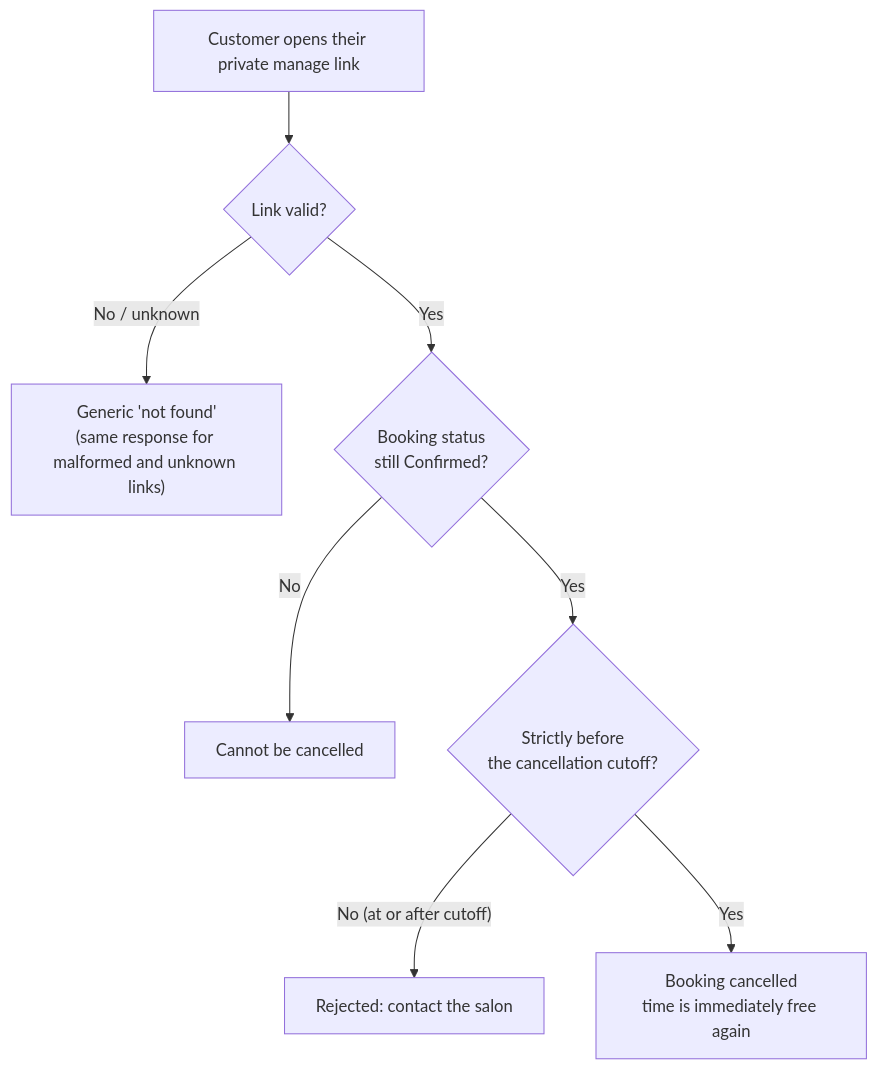
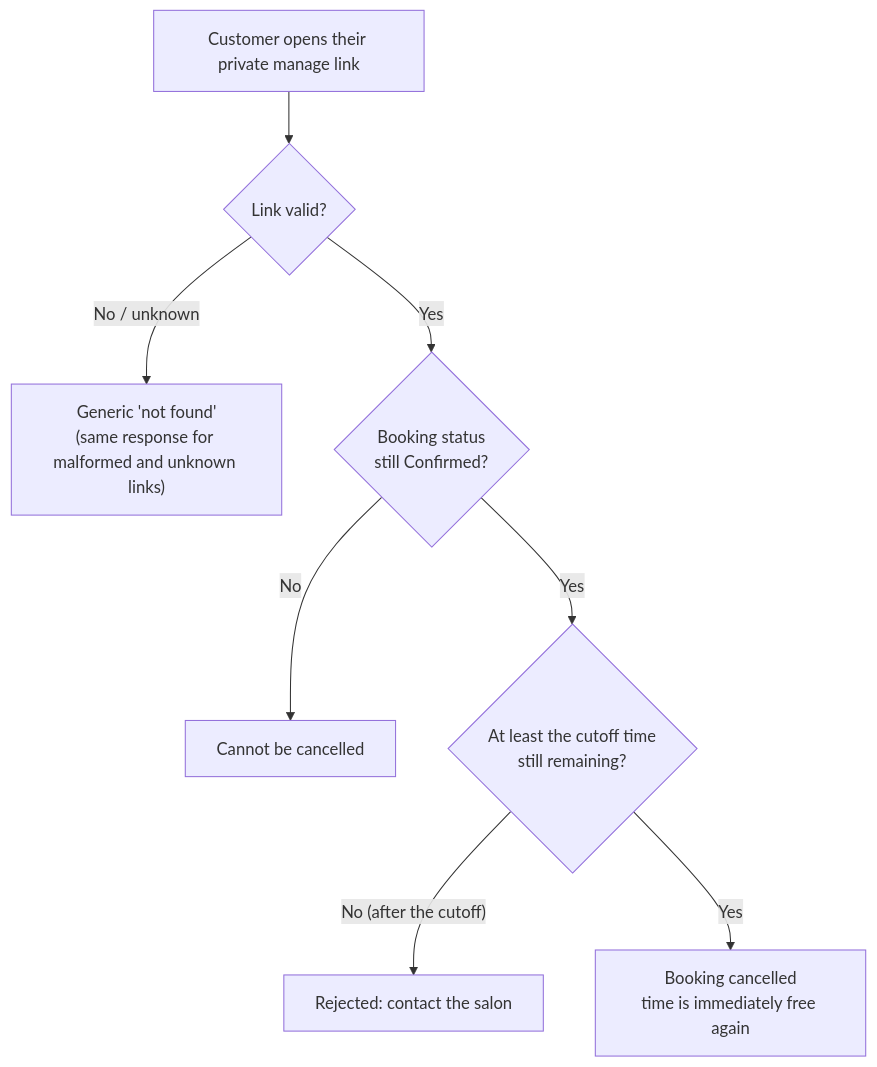
One commit to N0vocaine/timbra-qa-portfolio changed the second of 4 diagrams in docs/product/booking-flow.md. Above: the diagram before and after it, drawn with Mermaid. The commit also changed other lines of this file and 21 other files, not shown here.

````diff
--- a/docs/product/booking-flow.md
+++ b/docs/product/booking-flow.md
@@ -38,10 +38,10 @@
 ```mermaid
 flowchart TD
     L["Customer opens their private manage link"] --> K{"Link valid?"}
     K -- "No / unknown" --> N["Generic 'not found'<br/>(same response for malformed and unknown links)"]
     K -- "Yes" --> S{"Booking status<br/>still Confirmed?"}
     S -- "No" --> X["Cannot be cancelled"]
-    S -- "Yes" --> C{"Strictly before<br/>the cancellation cutoff?"}
-    C -- "No (at or after cutoff)" --> Z["Rejected: contact the salon"]
+    S -- "Yes" --> C{"At least the cutoff time<br/>still remaining?"}
+    C -- "No (after the cutoff)" --> Z["Rejected: contact the salon"]
     C -- "Yes" --> OK["Booking cancelled<br/>time is immediately free again"]
 ```
````
